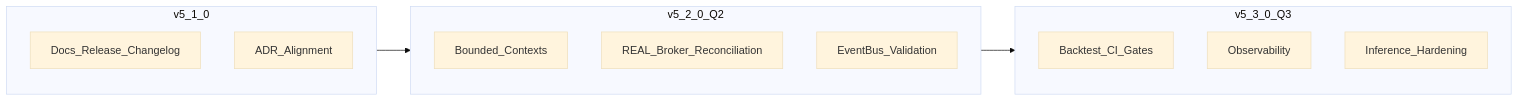
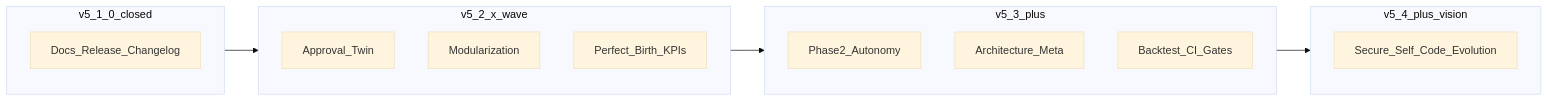
Before and after one commit to Steve-Mee/Lumina: the diagram in docs/roadmap.md, drawn with Mermaid (base theme). The commit also changed other lines of this file and 122 other files, not shown here.

First line of the commit message:
feat: twin mode ladder, code evolution sandbox, and stage-loop CI fixes

````diff
--- a/docs/roadmap.md
+++ b/docs/roadmap.md
@@ -74,19 +81,22 @@
 ```mermaid
 flowchart LR
-    subgraph r510 [v5_1_0]
+    subgraph r510 [v5_1_0_closed]
         docRel[Docs_Release_Changelog]
-        adrAlign[ADR_Alignment]
     end
-    subgraph r520 [v5_2_0_Q2]
-        ctx[Bounded_Contexts]
-        broker[REAL_Broker_Reconciliation]
-        bus[EventBus_Validation]
+    subgraph r520 [v5_2_x_wave]
+        twin[Approval_Twin]
+        mod[Modularization]
+        birth[Perfect_Birth_KPIs]
     end
-    subgraph r530 [v5_3_0_Q3]
+    subgraph r530 [v5_3_plus]
+        p2[Phase2_Autonomy]
+        archMeta[Architecture_Meta]
         ciGate[Backtest_CI_Gates]
-        obs[Observability]
-        model[Inference_Hardening]
+    end
+    subgraph vision [v5_4_plus_vision]
+        selfCode[Secure_Self_Code_Evolution]
     end
     r510 --> r520
     r520 --> r530
+    r530 --> vision
 ```
````
